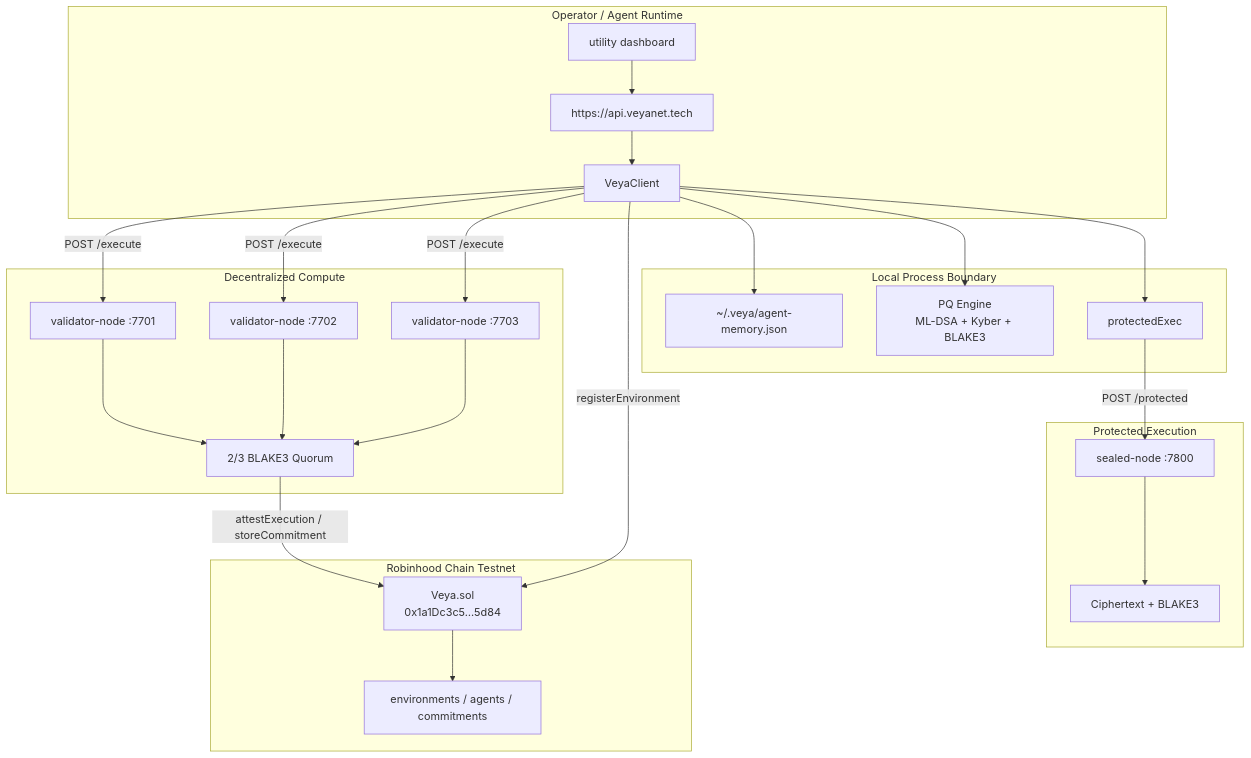
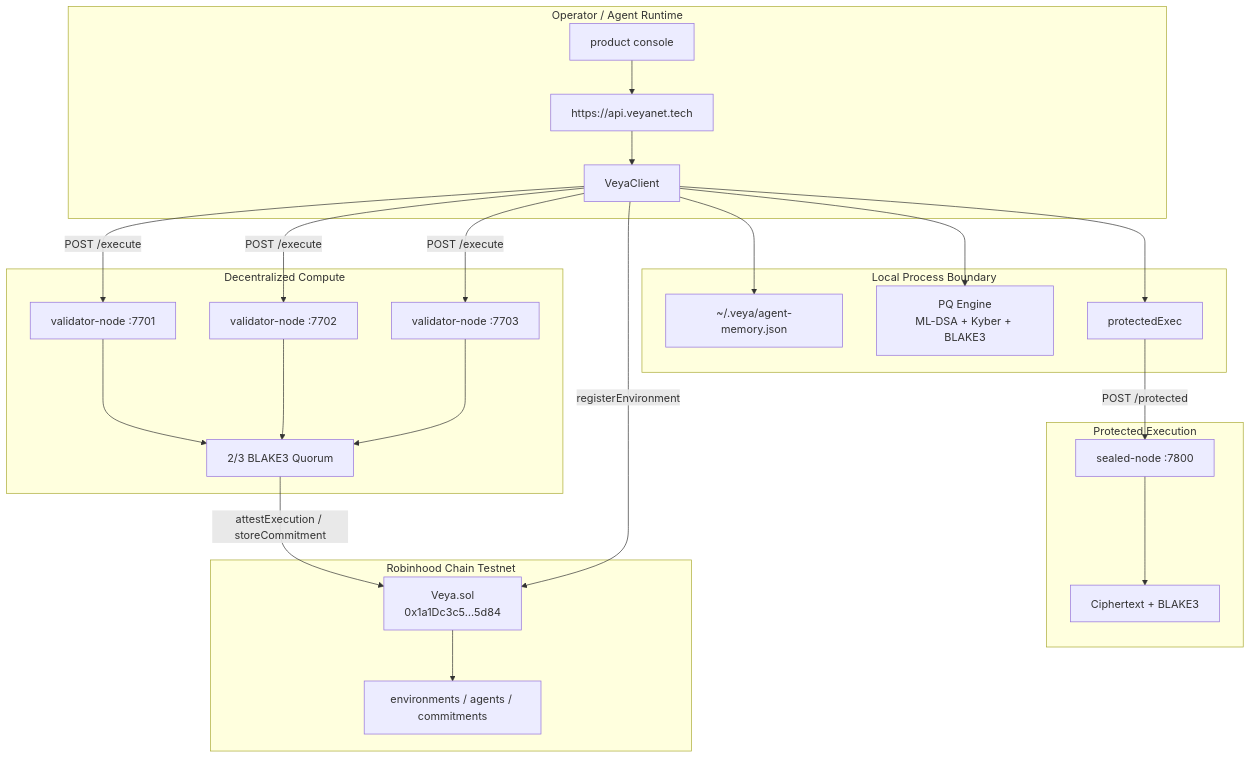
One commit to veyanet/veya-sdk changed the third of 13 diagrams in docs/ARCHITECTURE.md. Above: the diagram before and after it, drawn with Mermaid. The commit also changed other lines of this file, not shown here.

Commit message:
docs(architecture): refresh robinhood trust boundaries

````diff
--- a/docs/ARCHITECTURE.md
+++ b/docs/ARCHITECTURE.md
@@ -254,48 +254,48 @@
 ```mermaid
 flowchart TB
     subgraph OperatorLayer["Operator / Agent Runtime"]
         Client["VeyaClient"]
         API["https://api.veyanet.tech"]
-        Dash["utility dashboard"]
+        Dash["product console"]
     end
 
     subgraph LocalBoundary["Local Process Boundary"]
         Store["~/.veya/agent-memory.json"]
         PQ["PQ Engine\nML-DSA + Kyber + BLAKE3"]
         SealClient["protectedExec"]
     end
 
     subgraph ComputeFleet["Decentralized Compute"]
         V1["validator-node :7701"]
         V2["validator-node :7702"]
         V3["validator-node :7703"]
         Quorum["2/3 BLAKE3 Quorum"]
     end
 
     subgraph SealedBoundary["Protected Execution"]
         SNode["sealed-node :7800"]
         Cipher["Ciphertext + BLAKE3"]
     end
 
     subgraph Robinhood["Robinhood Chain Testnet"]
         Prog["Veya.sol\n0x1a1Dc3c5…5d84"]
         Maps["environments / agents / commitments"]
     end
 
     Dash --> API
     API --> Client
     Client --> PQ
     Client --> Store
     Client --> SealClient
     Client -->|"POST /execute"| V1
     Client -->|"POST /execute"| V2
     Client -->|"POST /execute"| V3
     V1 --> Quorum
     V2 --> Quorum
     V3 --> Quorum
     SealClient -->|"POST /protected"| SNode
     SNode --> Cipher
     Quorum -->|"attestExecution / storeCommitment"| Prog
     Client -->|"registerEnvironment"| Prog
     Prog --> Maps
 ```
````
